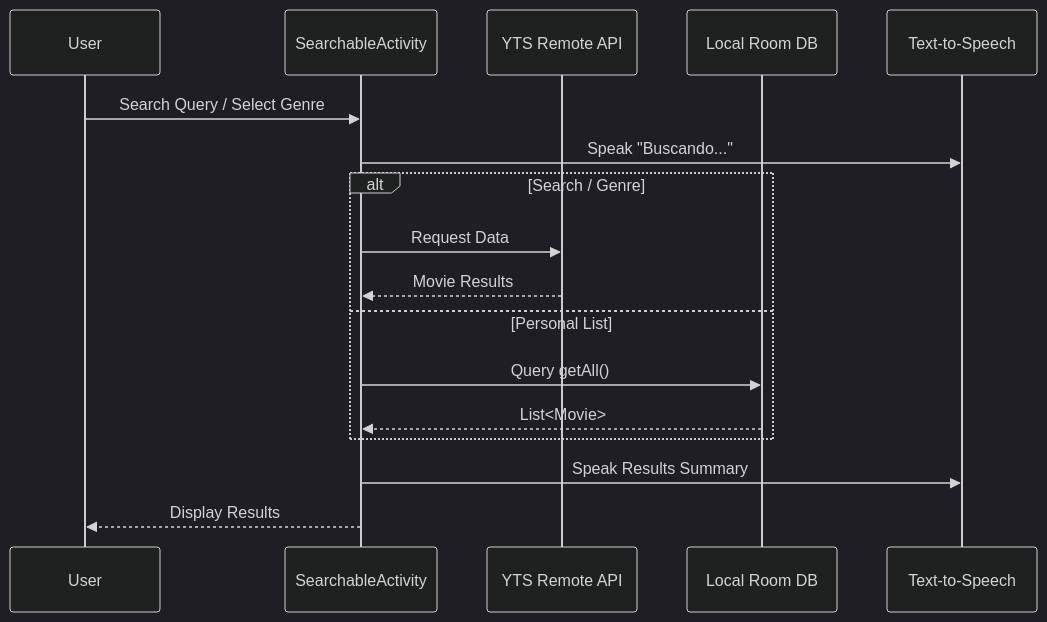
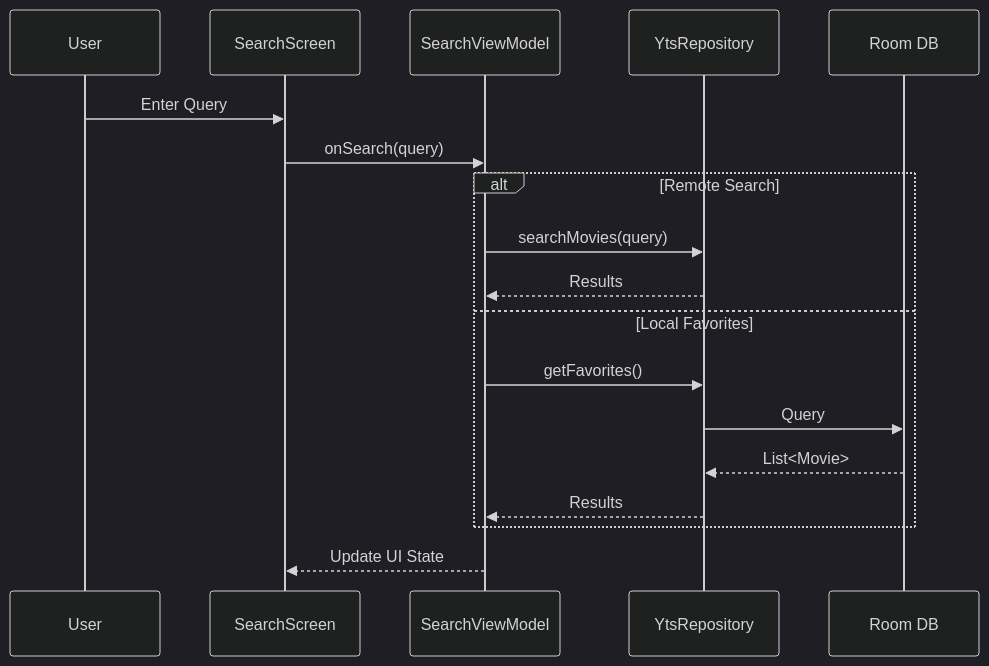
One commit to martinrevert/LaTorrentola changed the third of 4 diagrams in README.md. Above: the diagram before and after it, drawn with Mermaid (dark theme). The commit also changed other lines of this file and 1 other file, not shown here.

````diff
--- a/README.md
+++ b/README.md
@@ -101,20 +99,21 @@
 ```mermaid
 sequenceDiagram
-    participant User
-    participant SearchableActivity
-    participant YTS_API as YTS Remote API
-    participant RoomDB as Local Room DB
-    participant TTS as Text-to-Speech
+    participant U as User
+    participant SS as SearchScreen
+    participant VM as SearchViewModel
+    participant R as YtsRepository
+    participant DB as Room DB
 
-    User->>SearchableActivity: Search Query / Select Genre
-    SearchableActivity->>TTS: Speak "Buscando..."
-    alt Search / Genre
-        SearchableActivity->>YTS_API: Request Data
-        YTS_API-->>SearchableActivity: Movie Results
-    else Personal List
-        SearchableActivity->>RoomDB: Query getAll()
-        RoomDB-->>SearchableActivity: List<Movie>
+    U->>SS: Enter Query
+    SS->>VM: onSearch(query)
+    alt Remote Search
+        VM->>R: searchMovies(query)
+        R-->>VM: Results
+    else Local Favorites
+        VM->>R: getFavorites()
+        R->>DB: Query
+        DB-->>R: List<Movie>
+        R-->>VM: Results
     end
-    SearchableActivity->>TTS: Speak Results Summary
-    SearchableActivity-->>User: Display Results
+    VM-->>SS: Update UI State
 ```
````
